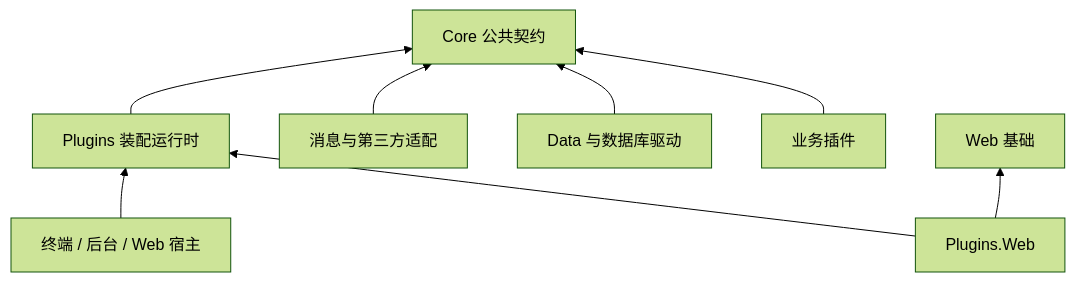
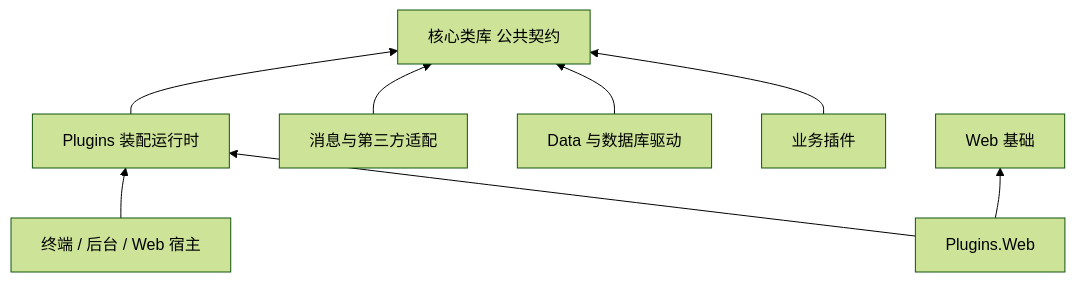
Before and after one commit to Zongsoft/documentation.zh: the first of 2 diagrams in overview/architecture.md, drawn with Mermaid (forest theme). The commit also changed other lines of this file and 72 other files, not shown here.

````diff
--- a/overview/architecture.md
+++ b/overview/architecture.md
@@ -12,10 +12,10 @@
 ```mermaid
 flowchart BT
-	Business[业务插件] --> Core[Core 公共契约]
+	Business[业务插件] --> Core[核心类库 公共契约]
 	Data[Data 与数据库驱动] --> Core
 	Adapters[消息与第三方适配] --> Core
 	Plugins[Plugins 装配运行时] --> Core
 	Web[Plugins.Web] --> Plugins
 	Web --> WebBase[Web 基础]
 	Host[终端 / 后台 / Web 宿主] --> Plugins
 ```
````
